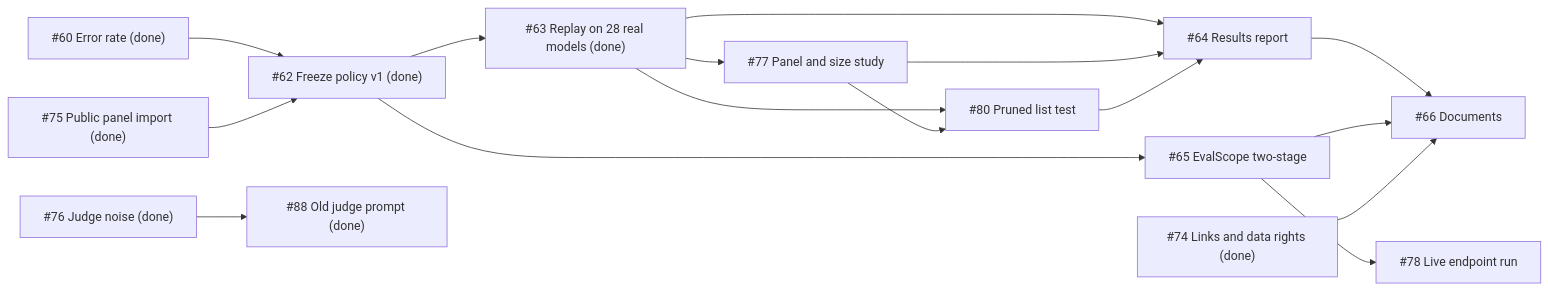
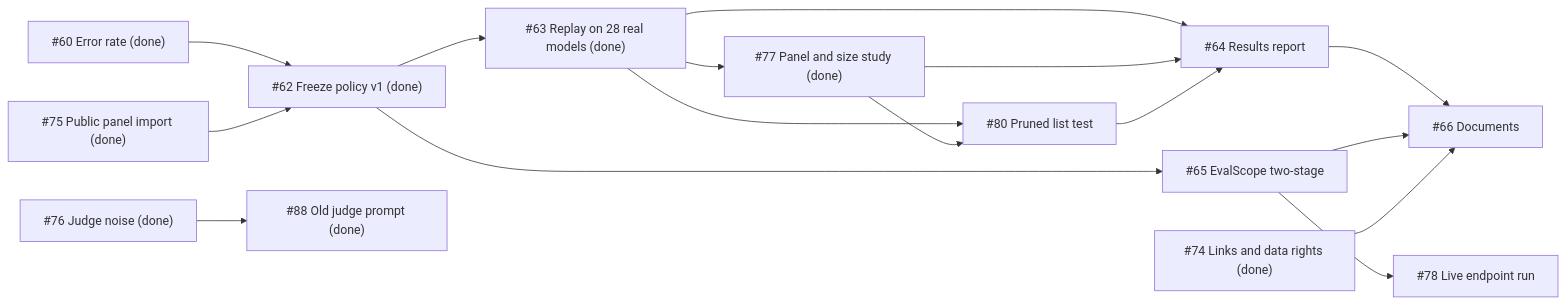
Before and after one commit to sdv1708/ai-model-benchmark: the third of 3 diagrams in README.md, drawn with Mermaid. The commit also changed other lines of this file and 28 other files, not shown here.

````diff
--- a/README.md
+++ b/README.md
@@ -709,18 +745,18 @@
 ```mermaid
 flowchart LR
     I60["#60 Error rate (done)"] --> I62["#62 Freeze policy v1 (done)"]
     I75["#75 Public panel import (done)"] --> I62
     I62 --> I63["#63 Replay on 28 real models (done)"]
     I62 --> I65["#65 EvalScope two-stage"]
-    I63 --> I77["#77 Panel and size study"]
+    I63 --> I77["#77 Panel and size study (done)"]
     I63 --> I80["#80 Pruned list test"]
     I77 --> I80
     I65 --> I78["#78 Live endpoint run"]
     I63 --> I64["#64 Results report"]
     I77 --> I64
     I80 --> I64
     I64 --> I66["#66 Documents"]
     I65 --> I66
     I74["#74 Links and data rights (done)"] --> I66
     I76["#76 Judge noise (done)"] --> I88["#88 Old judge prompt (done)"]
 ```
````
